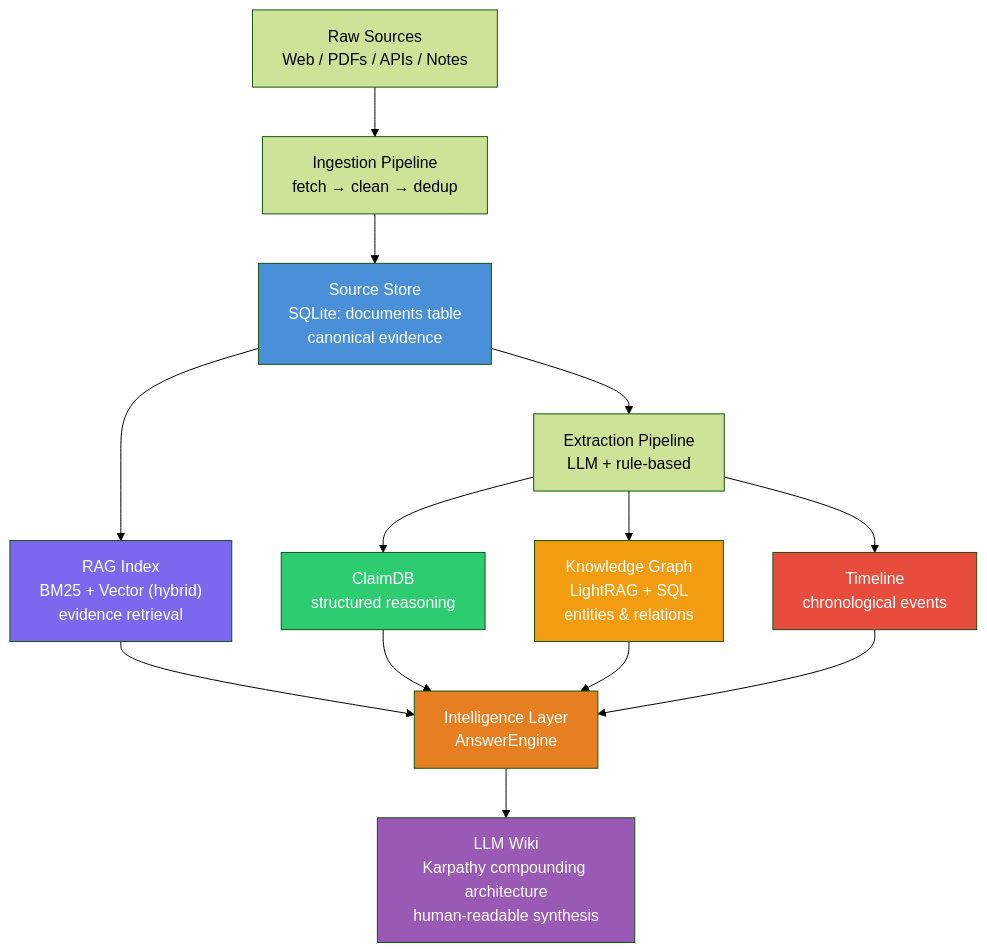
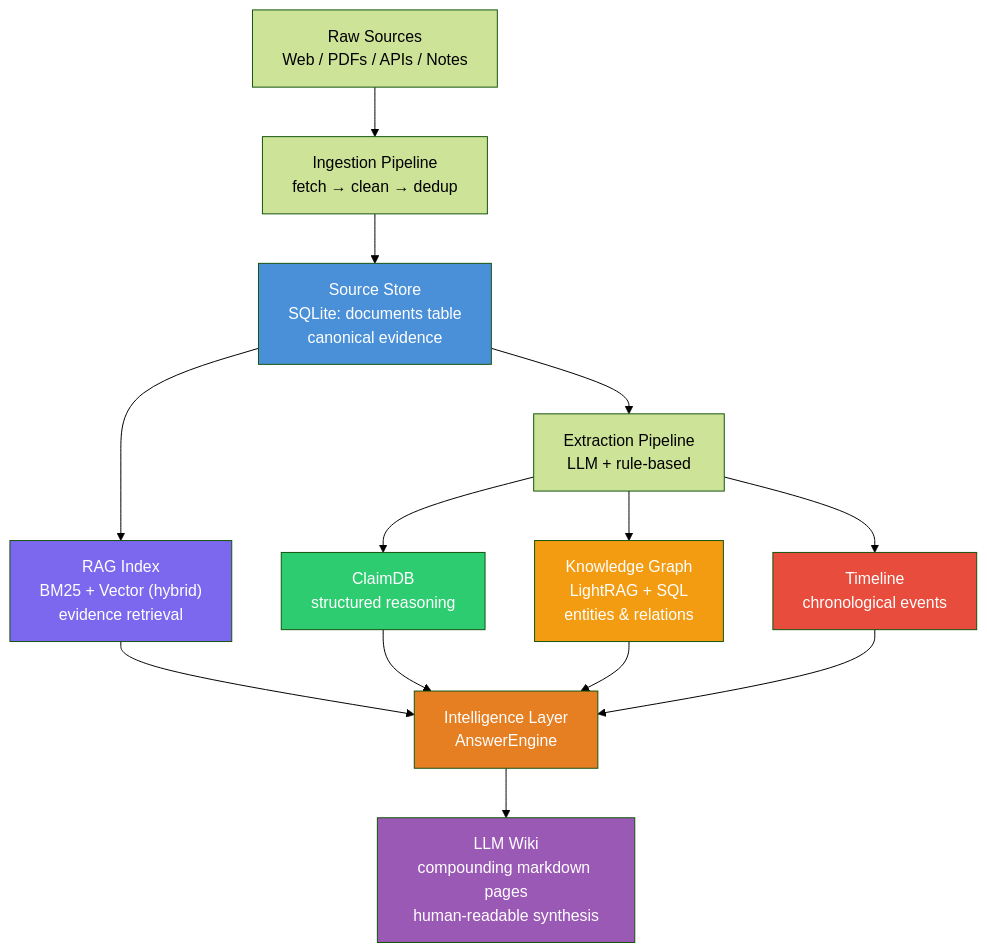
One commit to fayememe/softwiki changed the diagram in README.md. Above: the diagram before and after it, drawn with Mermaid (forest theme).

Commit message:
readme: fix Karpathy placement in diagram
Ultraworked with [Sisyphus](https://github.com/code-yeongyu/oh-my-openagent)

````diff
--- a/README.md
+++ b/README.md
@@ -5,27 +5,27 @@
 ```mermaid
 graph TD
     RS["Raw Sources<br/>Web / PDFs / APIs / Notes"] --> ING["Ingestion Pipeline<br/>fetch → clean → dedup"]
 
     ING --> SS["Source Store<br/>SQLite: documents table<br/>canonical evidence"]
     SS --> RAG["RAG Index<br/>BM25 + Vector (hybrid)<br/>evidence retrieval"]
     SS --> EX["Extraction Pipeline<br/>LLM + rule-based"]
 
     EX --> CDB["ClaimDB<br/>structured reasoning"]
     EX --> KG["Knowledge Graph<br/>LightRAG + SQL<br/>entities & relations"]
     EX --> TL["Timeline<br/>chronological events"]
 
     RAG --> INTEL["Intelligence Layer<br/>AnswerEngine"]
     CDB --> INTEL
     KG --> INTEL
     TL --> INTEL
 
-    INTEL --> WIKI["LLM Wiki<br/>Karpathy compounding architecture<br/>human-readable synthesis"]
+    INTEL --> WIKI["LLM Wiki<br/>compounding markdown pages<br/>human-readable synthesis"]
 
     style SS fill:#4a90d9,color:#fff
     style RAG fill:#7b68ee,color:#fff
     style CDB fill:#2ecc71,color:#fff
     style KG fill:#f39c12,color:#fff
     style TL fill:#e74c3c,color:#fff
     style WIKI fill:#9b59b6,color:#fff
     style INTEL fill:#e67e22,color:#fff
 ```
````
